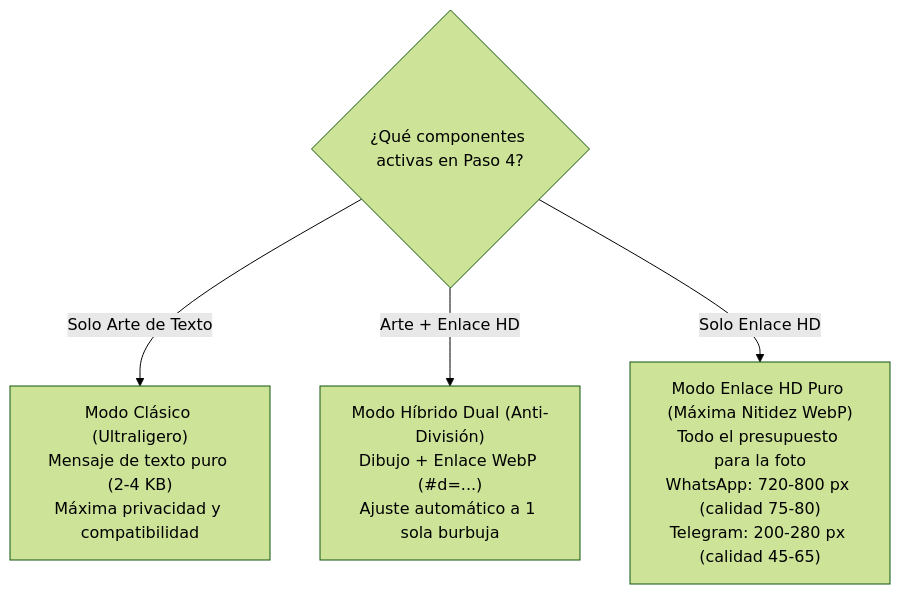
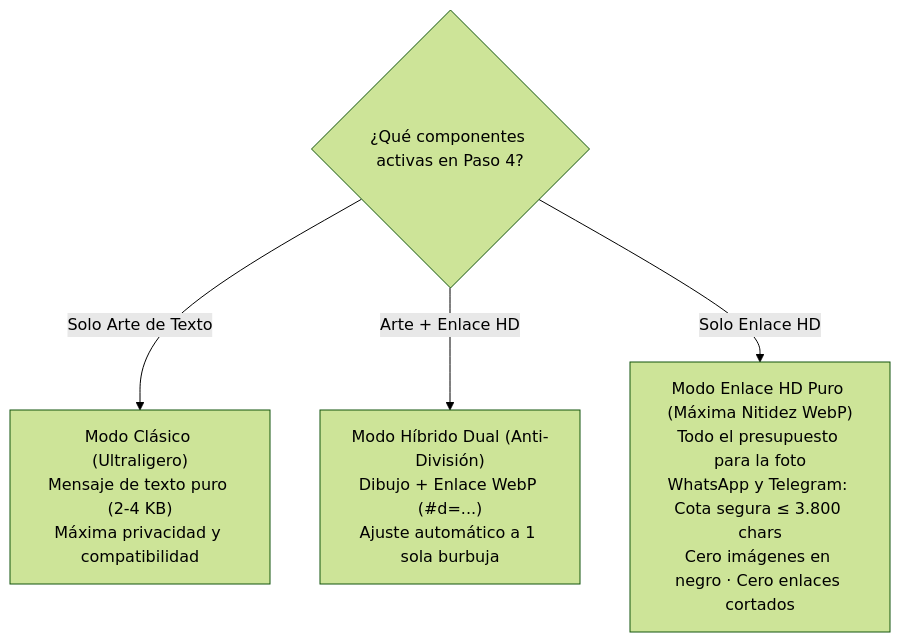
One commit to laralbir/img2asciiIM changed the fourth of 5 diagrams in docs/USER_GUIDE.md. Above: the diagram before and after it, drawn with Mermaid (forest theme). The commit also changed other lines of this file and 7 other files, not shown here.

Commit message:
fix(deeplink): cap deep link URLs to 3800 chars to avoid WhatsApp 4096-char truncation and guard WebP RIFF integrity

````diff
--- a/docs/USER_GUIDE.md
+++ b/docs/USER_GUIDE.md
@@ -282,7 +282,7 @@
 ```mermaid
 flowchart TD
     Eleccion{"¿Qué componentes activas en Paso 4?"}
     Eleccion -->|"Solo Arte de Texto"| Modo1["Modo Clásico (Ultraligero)\nMensaje de texto puro (2-4 KB)\nMáxima privacidad y compatibilidad"]
     Eleccion -->|"Arte + Enlace HD"| Modo2["Modo Híbrido Dual (Anti-División)\nDibujo + Enlace WebP (#d=...)\nAjuste automático a 1 sola burbuja"]
-    Eleccion -->|"Solo Enlace HD"| Modo3["Modo Enlace HD Puro (Máxima Nitidez WebP)\nTodo el presupuesto para la foto\nWhatsApp: 720-800 px (calidad 75-80)\nTelegram: 200-280 px (calidad 45-65)"]
+    Eleccion -->|"Solo Enlace HD"| Modo3["Modo Enlace HD Puro (Máxima Nitidez WebP)\nTodo el presupuesto para la foto\nWhatsApp y Telegram: Cota segura ≤ 3.800 chars\nCero imágenes en negro · Cero enlaces cortados"]
 ```
````
